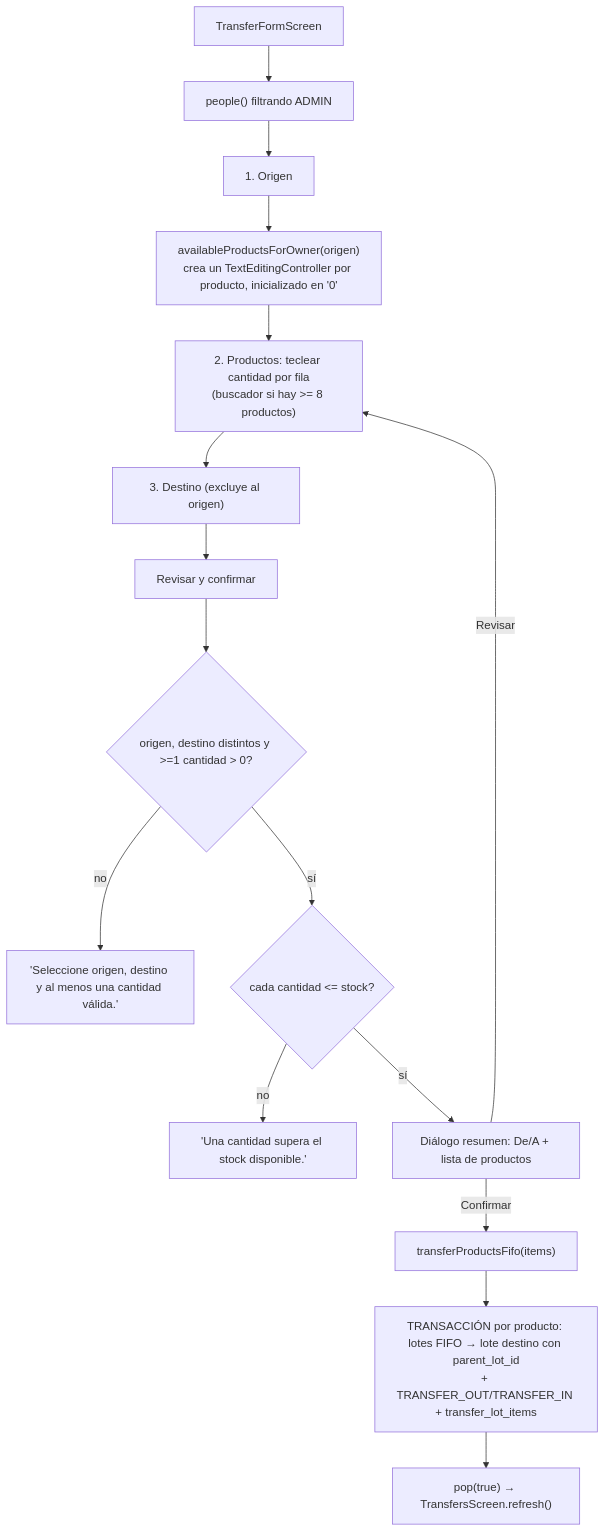
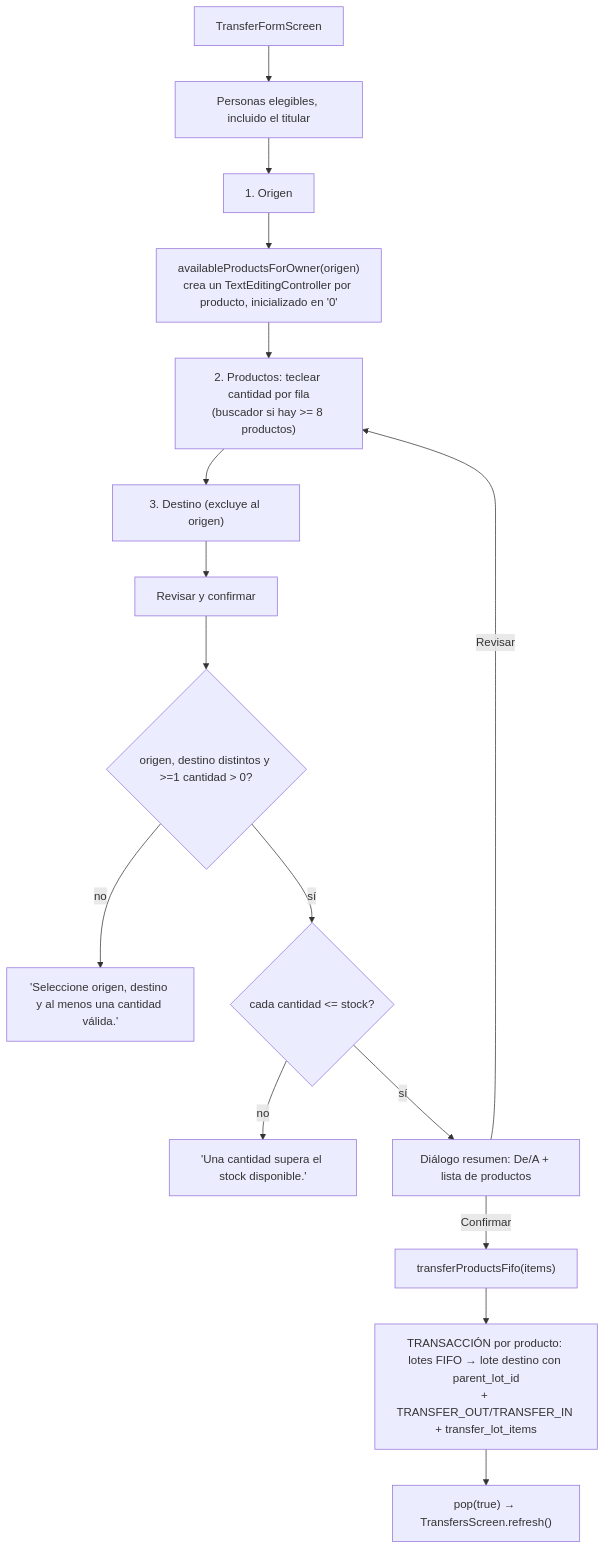
Before and after one commit to Roderich1/AppMovilAgroquimico: the seventh of 10 diagrams in docs/06_USER_FLOWS.md, drawn with Mermaid. The commit also changed other lines of this file and 18 other files, not shown here.

````diff
--- a/docs/06_USER_FLOWS.md
+++ b/docs/06_USER_FLOWS.md
@@ -236,18 +235,18 @@
 ```mermaid
 flowchart TD
-    A["TransferFormScreen"] --> B["people() filtrando ADMIN"]
+    A["TransferFormScreen"] --> B["Personas elegibles, incluido el titular"]
     B --> C["1. Origen"]
     C --> D["availableProductsForOwner(origen)<br/>crea un TextEditingController por producto, inicializado en '0'"]
     D --> E["2. Productos: teclear cantidad por fila<br/>(buscador si hay >= 8 productos)"]
     E --> F["3. Destino (excluye al origen)"]
     F --> G["Revisar y confirmar"]
     G --> H{"origen, destino distintos y >=1 cantidad > 0?"}
     H -->|no| E1["'Seleccione origen, destino y al menos una cantidad válida.'"]
     H -->|sí| I{"cada cantidad <= stock?"}
     I -->|no| E2["'Una cantidad supera el stock disponible.'"]
     I -->|sí| J["Diálogo resumen: De/A + lista de productos"]
     J -->|Revisar| E
     J -->|Confirmar| K["transferProductsFifo(items)"]
     K --> L["TRANSACCIÓN por producto: lotes FIFO → lote destino con parent_lot_id<br/>+ TRANSFER_OUT/TRANSFER_IN + transfer_lot_items"]
     L --> M["pop(true) → TransfersScreen.refresh()"]
 ```
````
